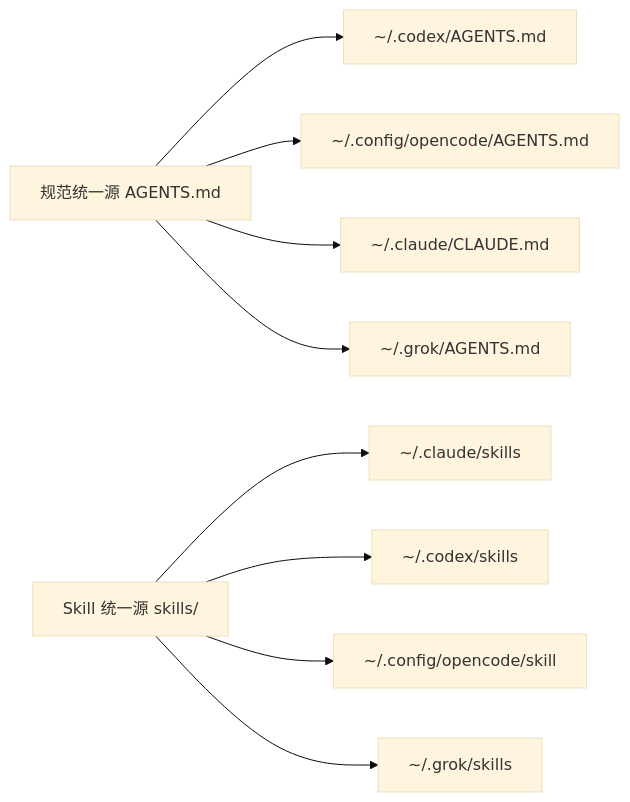
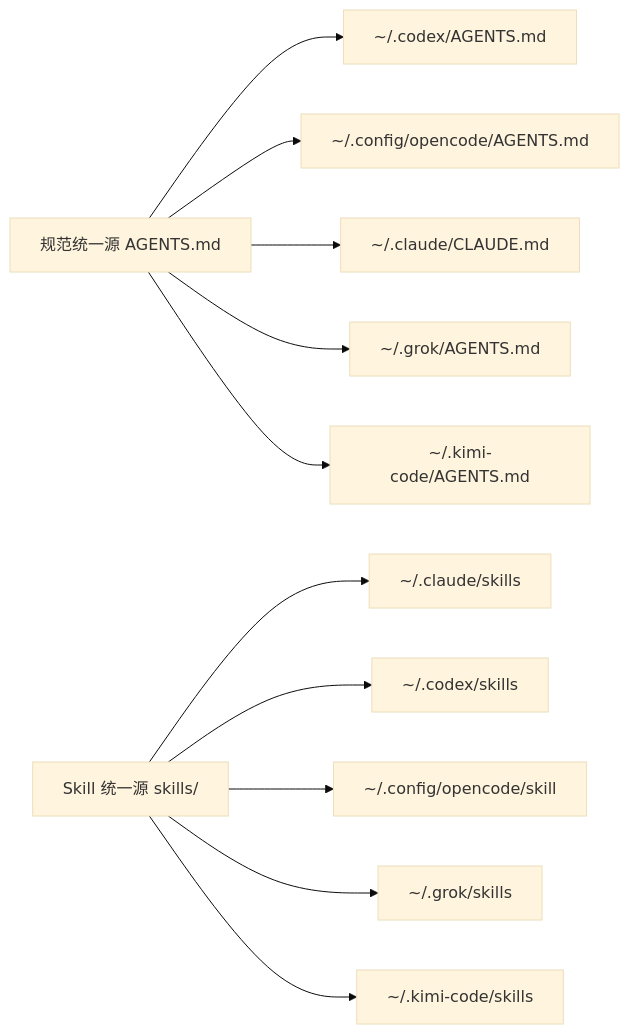
Before and after one commit to x0c/agentsync: the second of 2 diagrams in docs/AGENTSYNC_KNOWLEDGE_BASE.md, drawn with Mermaid (base theme). The commit also changed other lines of this file and 7 other files, not shown here.

First line of the commit message:
Add Kimi Code CLI as a supported target for global instructions and skills

````diff
--- a/docs/AGENTSYNC_KNOWLEDGE_BASE.md
+++ b/docs/AGENTSYNC_KNOWLEDGE_BASE.md
@@ -55,11 +55,13 @@
 ```mermaid
 flowchart LR
     Source[规范统一源 AGENTS.md] --> Codex[~/.codex/AGENTS.md]
     Source --> OpenCode[~/.config/opencode/AGENTS.md]
     Source --> Claude[~/.claude/CLAUDE.md]
     Source --> Grok[~/.grok/AGENTS.md]
+    Source --> Kimi[~/.kimi-code/AGENTS.md]
     SkillSource[Skill 统一源 skills/] --> ClaudeSkills[~/.claude/skills]
     SkillSource --> CodexSkills[~/.codex/skills]
     SkillSource --> OpenCodeSkills[~/.config/opencode/skill]
     SkillSource --> GrokSkills[~/.grok/skills]
+    SkillSource --> KimiSkills[~/.kimi-code/skills]
 ```
````
